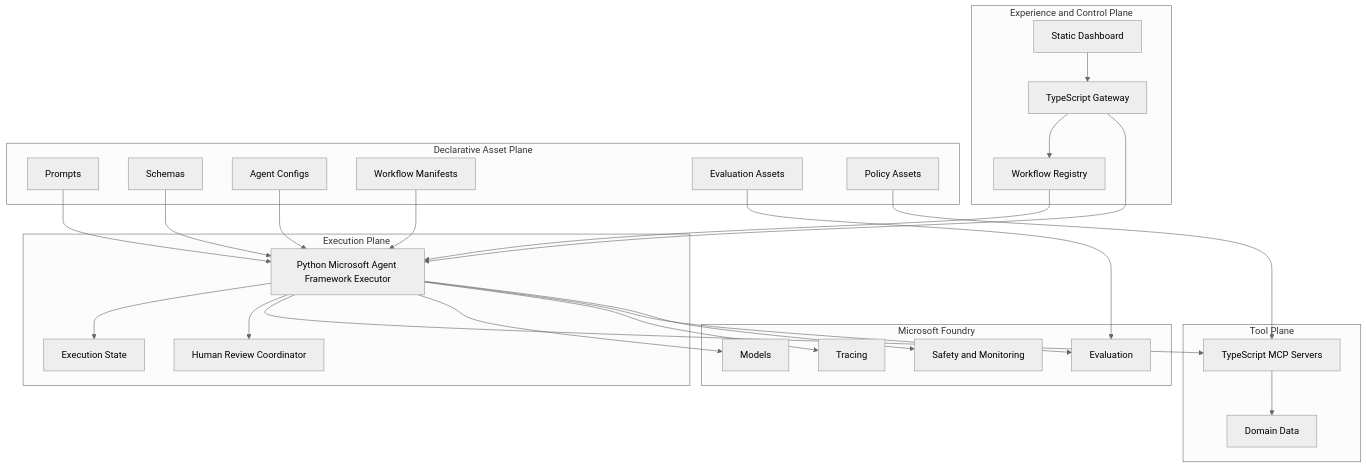
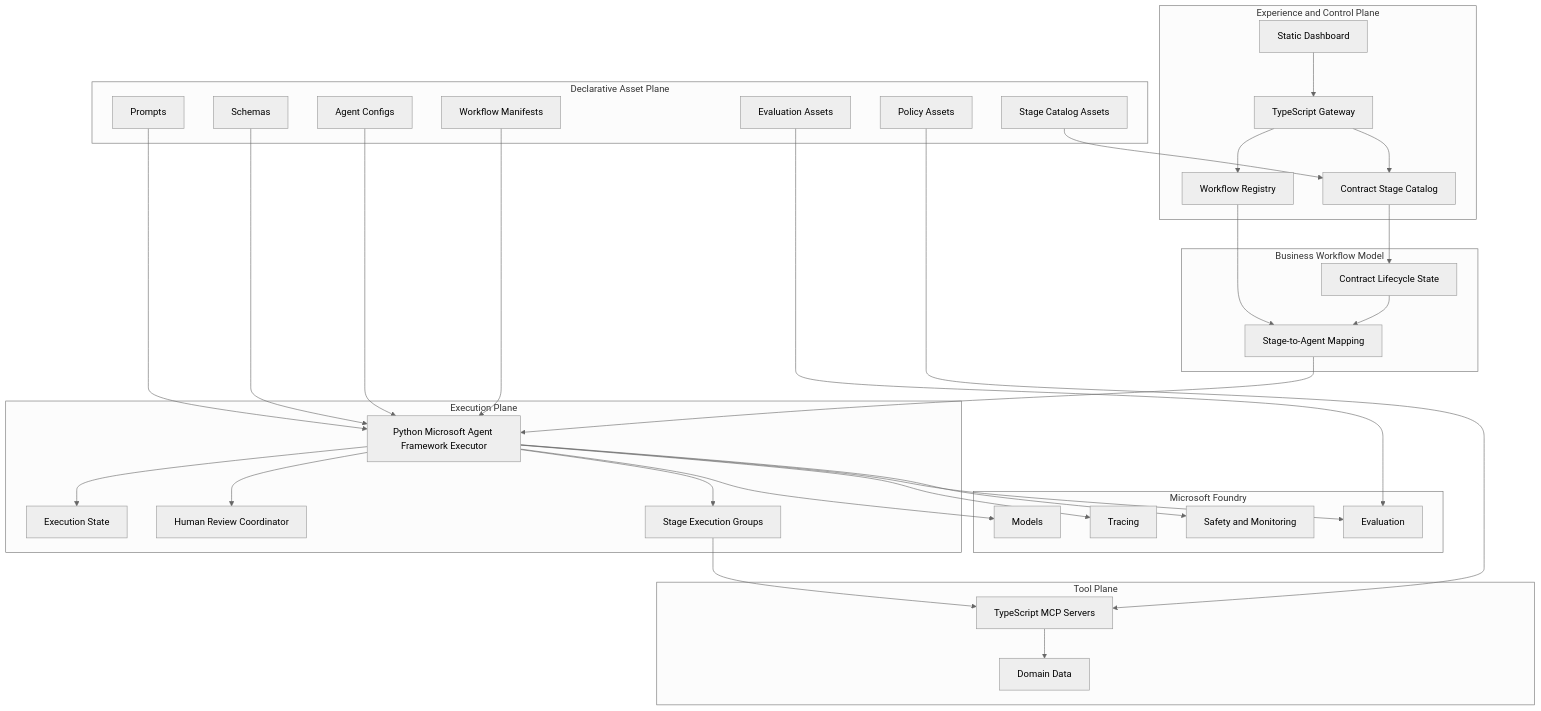
One commit to jnPiyush/AgentOps changed the diagram in contract-agentops-demo/docs/specs/SPEC-ContractAgentOps-Demo.md. Above: the diagram before and after it, drawn with Mermaid (neutral theme). The commit also changed other lines of this file and 86 other files, not shown here.

Commit message:
feat: align contract lifecycle demo and Azure deployment

````diff
--- a/contract-agentops-demo/docs/specs/SPEC-ContractAgentOps-Demo.md
+++ b/contract-agentops-demo/docs/specs/SPEC-ContractAgentOps-Demo.md
@@ -64,54 +70,67 @@
 ```mermaid
 graph TB
     subgraph Experience[Experience and Control Plane]
         UI[Static Dashboard]
         GW[TypeScript Gateway]
         REG[Workflow Registry]
+        CAT[Contract Stage Catalog]
+    end
+
+    subgraph Business[Business Workflow Model]
+        CLS[Contract Lifecycle State]
+        MAP[Stage-to-Agent Mapping]
     end
 
     subgraph Execution[Execution Plane]
         MAF[Python Microsoft Agent Framework Executor]
         EST[Execution State]
         HITL[Human Review Coordinator]
+        SEG[Stage Execution Groups]
     end
 
     subgraph Declarative[Declarative Asset Plane]
         PR[Prompts]
         SC[Schemas]
         AC[Agent Configs]
         WM[Workflow Manifests]
         EV[Evaluation Assets]
         PL[Policy Assets]
+        ST[Stage Catalog Assets]
     end
 
     subgraph Tools[Tool Plane]
         MCP[TypeScript MCP Servers]
         DATA[Domain Data]
     end
 
     subgraph Foundry[Microsoft Foundry]
         MOD[Models]
         TRC[Tracing]
         EVAL[Evaluation]
         SAFE[Safety and Monitoring]
     end
 
     UI --> GW
     GW --> REG
-    GW --> MAF
-    REG --> MAF
+    GW --> CAT
+    CAT --> CLS
+    CLS --> MAP
+    REG --> MAP
+    MAP --> MAF
     PR --> MAF
     SC --> MAF
     AC --> MAF
     WM --> MAF
+    ST --> CAT
     EV --> EVAL
     PL --> MCP
     MAF --> EST
     MAF --> HITL
-    MAF --> MCP
+    MAF --> SEG
+    SEG --> MCP
     MCP --> DATA
     MAF --> MOD
     MAF --> TRC
     MAF --> EVAL
     MAF --> SAFE
 ```
````
